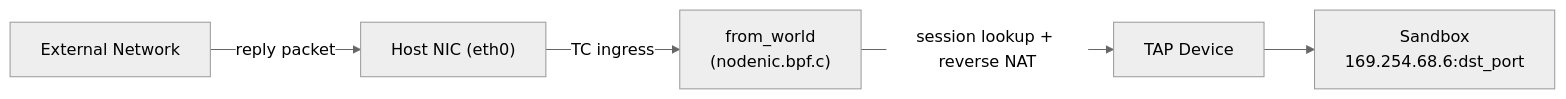
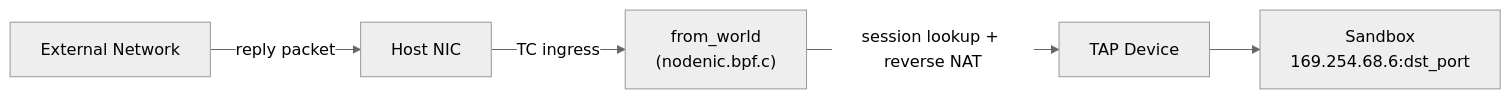
One commit to TencentCloud/CubeSandbox changed the second of 4 diagrams in docs/architecture/network.md. Above: the diagram before and after it, drawn with Mermaid (neutral theme). The commit also changed other lines of this file and 1 other file, not shown here.

First line of the commit message:
docs(network): Revise CubeVS architecture doc to match current implementation

````diff
--- a/docs/architecture/network.md
+++ b/docs/architecture/network.md
@@ -91,7 +89,7 @@
 ```mermaid
 graph LR
-    A["External Network"] -->|reply packet| B["Host NIC (eth0)"]
+    A["External Network"] -->|reply packet| B["Host NIC"]
     B -->|TC ingress| C["from_world<br/>(nodenic.bpf.c)"]
     C -->|session lookup + reverse NAT| D["TAP Device"]
     D --> E["Sandbox<br/>169.254.68.6:dst_port"]
 ```
````
